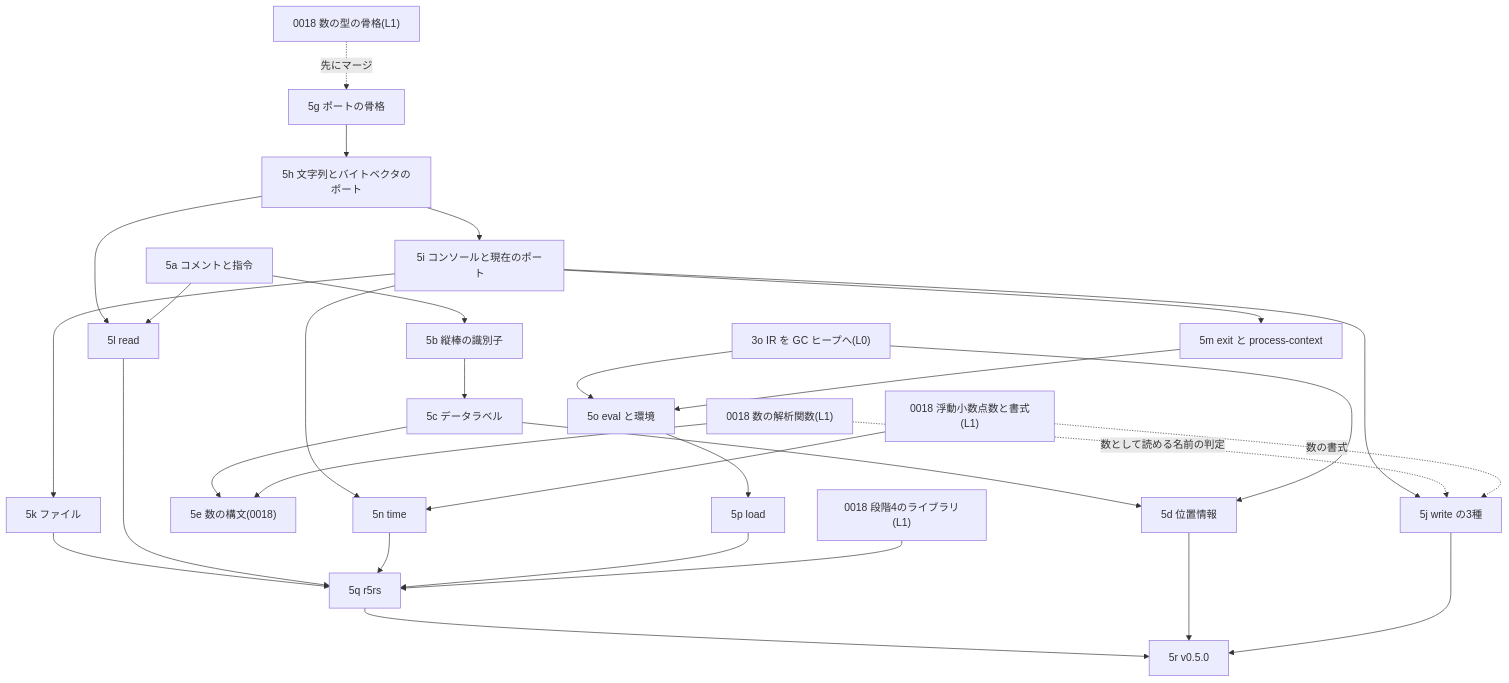
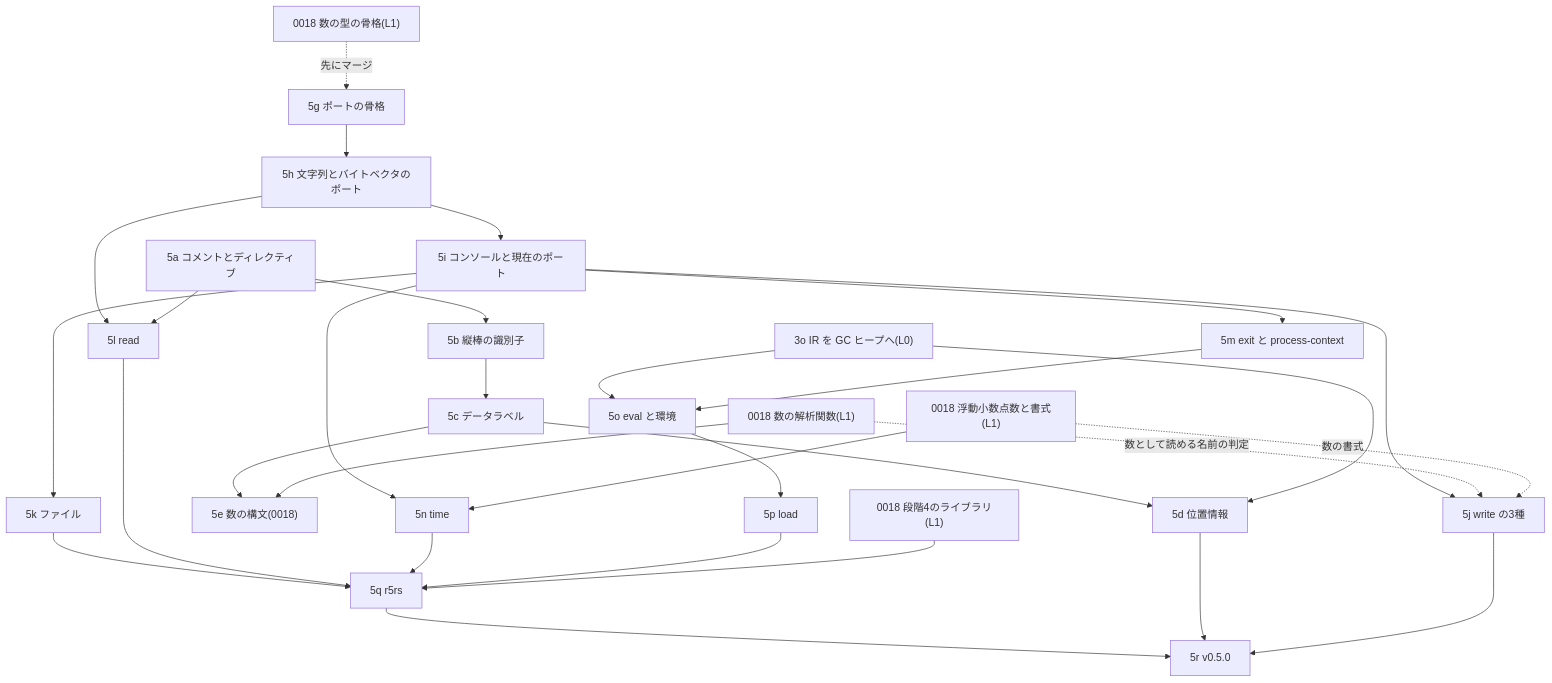
Before and after one commit to suchi/sucheme-zig: the diagram in docs/plans/0019-phase5-ports-and-io.md, drawn with Mermaid. The commit also changed other lines of this file and 40 other files, not shown here.

````diff
--- a/docs/plans/0019-phase5-ports-and-io.md
+++ b/docs/plans/0019-phase5-ports-and-io.md
@@ -105,51 +105,51 @@
 ```mermaid
 flowchart TD
     o3["3o IR を GC ヒープへ(L0)"]
     n0["0018 数の型の骨格(L1)"]
     nf["0018 浮動小数点数と書式(L1)"]
     np["0018 数の解析関数(L1)"]
     nl["0018 段階4のライブラリ(L1)"]
-    s5a["5a コメントと指令"]
+    s5a["5a コメントとディレクティブ"]
     s5b["5b 縦棒の識別子"]
     s5c["5c データラベル"]
     s5d["5d 位置情報"]
     s5e["5e 数の構文(0018)"]
     s5g["5g ポートの骨格"]
     s5h["5h 文字列とバイトベクタのポート"]
     s5i["5i コンソールと現在のポート"]
     s5j["5j write の3種"]
     s5k["5k ファイル"]
     s5l["5l read"]
     s5m["5m exit と process-context"]
     s5n["5n time"]
     s5o["5o eval と環境"]
     s5p["5p load"]
     s5q["5q r5rs"]
     s5r["5r v0.5.0"]
     s5a --> s5b --> s5c --> s5d
     o3 --> s5d
     s5c --> s5e
     np --> s5e
     n0 -.->|"先にマージ"| s5g
     s5g --> s5h --> s5i
     s5i --> s5j
     s5i --> s5k
     s5h --> s5l
     s5a --> s5l
     s5i --> s5m
     s5i --> s5n
     nf --> s5n
     np -.->|"数として読める名前の判定"| s5j
     nf -.->|"数の書式"| s5j
     o3 --> s5o
     s5m --> s5o
     s5o --> s5p
     s5k --> s5q
     s5l --> s5q
     s5n --> s5q
     s5p --> s5q
     nl --> s5q
     s5q --> s5r
     s5d --> s5r
     s5j --> s5r
 ```
````
